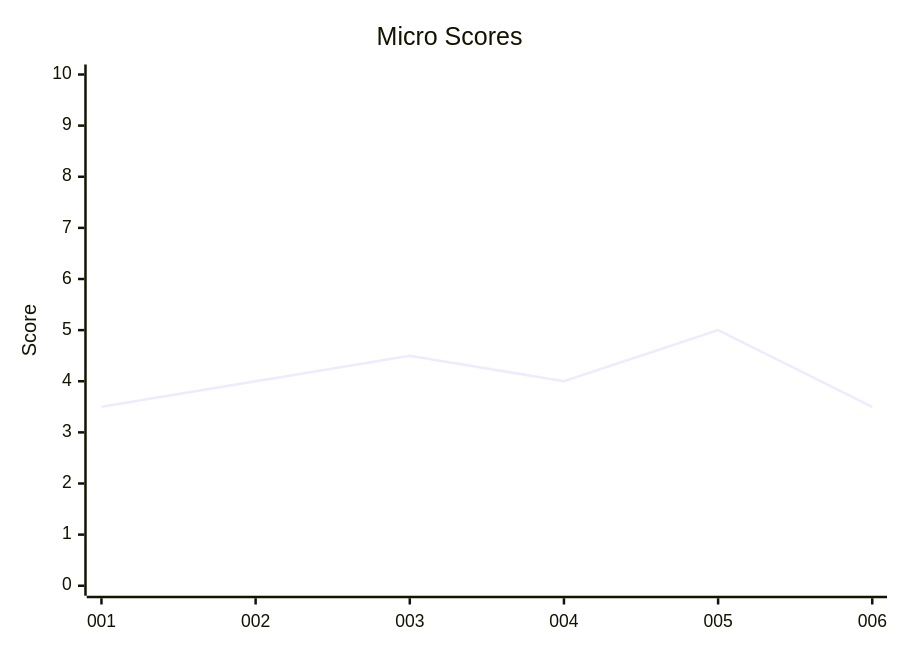
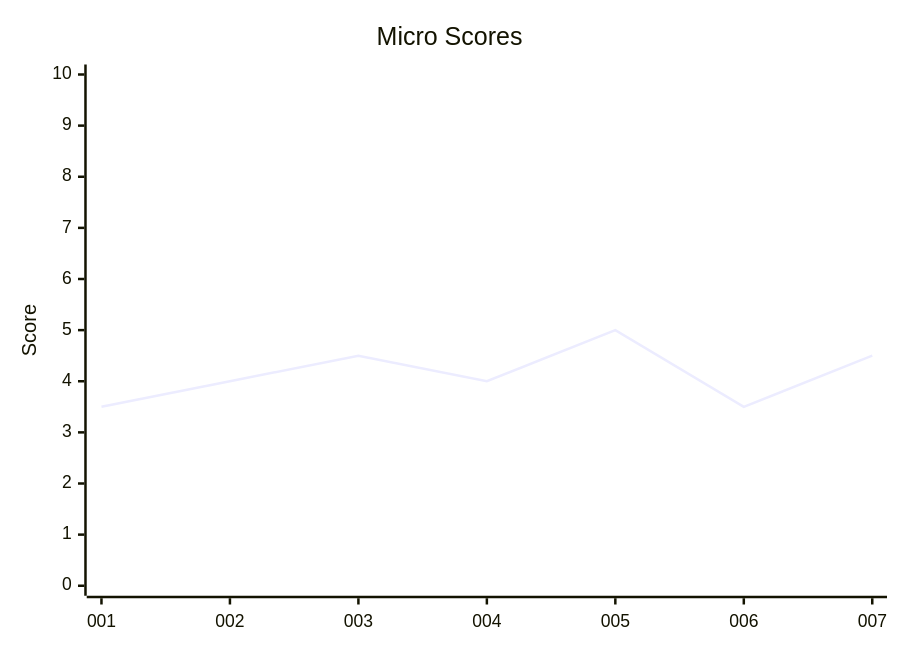
The diagram in README.md (ryancocuzzo/system-design), drawn with Mermaid before and after one commit. The commit also changed other lines of this file and 3 other files, not shown here.

````diff
--- a/README.md
+++ b/README.md
@@ -47,7 +48,7 @@
 ```mermaid
 xychart-beta
     title "Micro Scores"
-    x-axis [001, 002, 003, 004, 005, 006]
+    x-axis [001, 002, 003, 004, 005, 006, 007]
     y-axis "Score" 0 --> 10
-    line [3.5, 4, 4.5, 4, 5, 3.5]
+    line [3.5, 4, 4.5, 4, 5, 3.5, 4.5]
 ```
````
